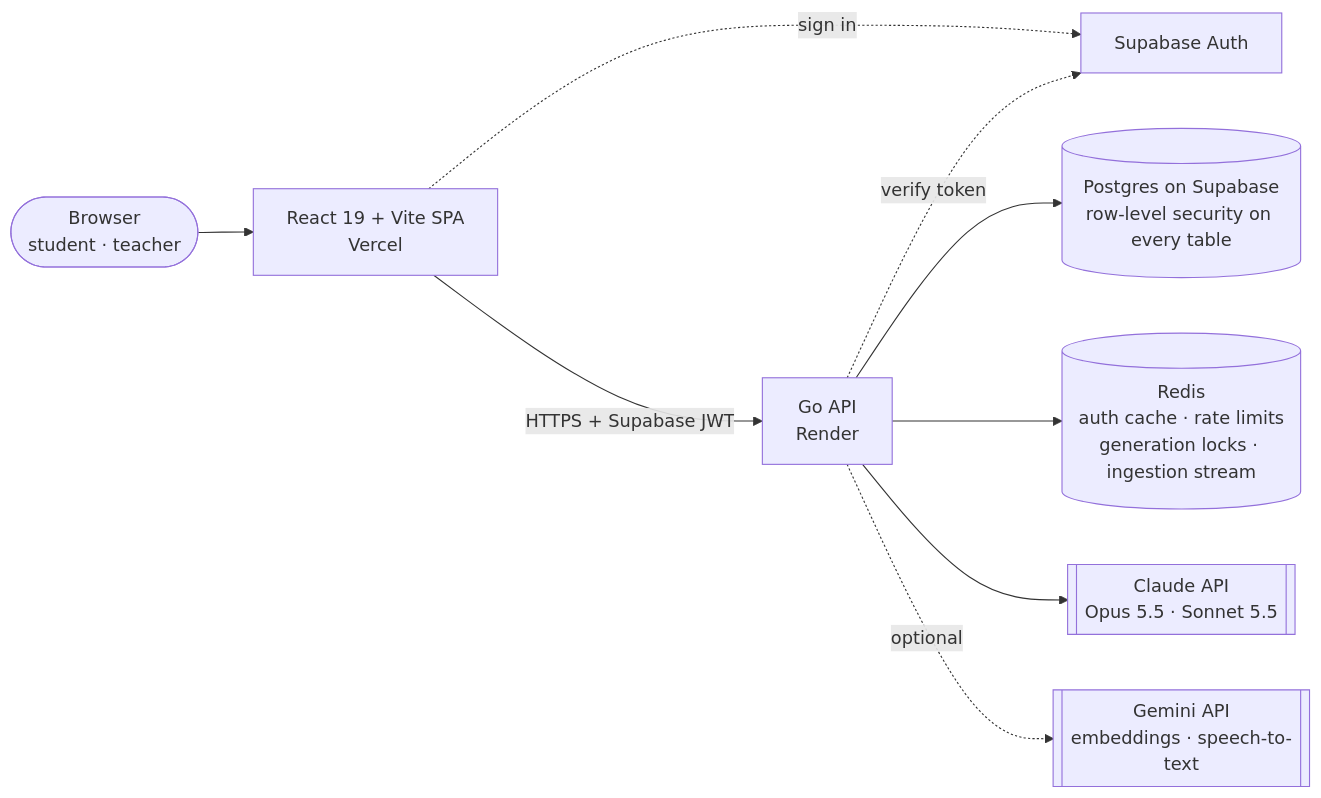
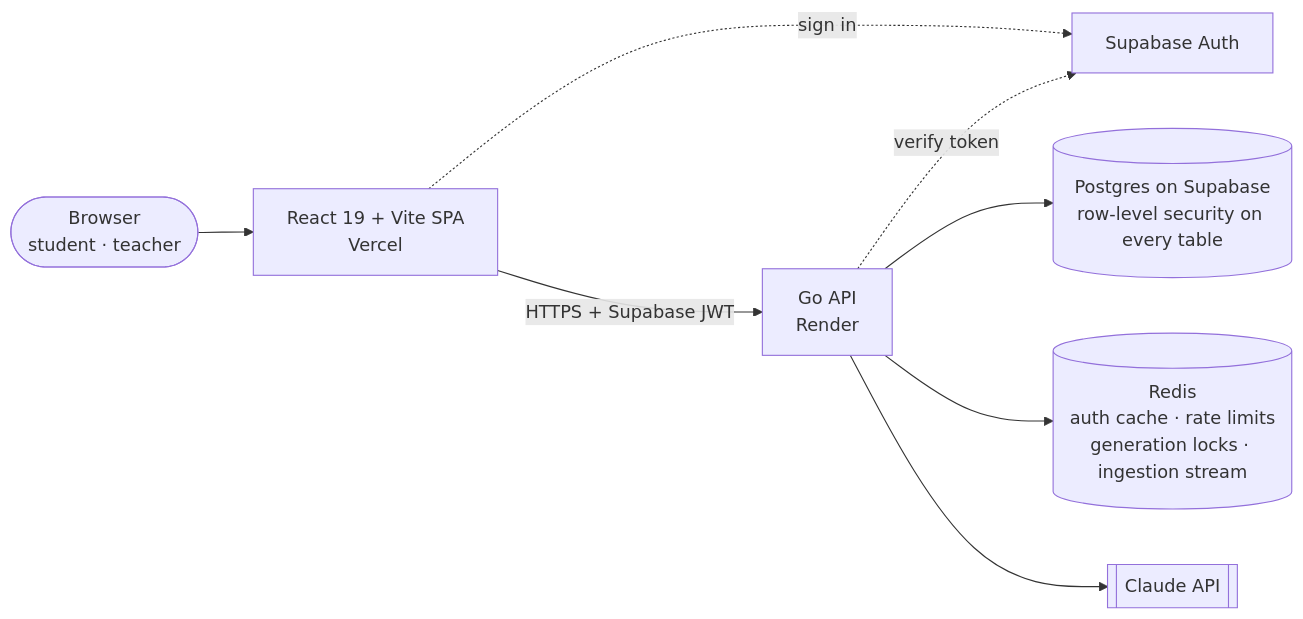
The diagram in README.md (shaunmortal/AI-Agent-Adigam-AI), drawn with Mermaid before and after one commit. The commit also changed other lines of this file, not shown here.

Commit message:
docs: name the hackathon and describe the AI simply as Claude

````diff
--- a/README.md
+++ b/README.md
@@ -123,11 +118,10 @@
 ```mermaid
 flowchart LR
     U([Browser<br/>student · teacher]) --> FE[React 19 + Vite SPA<br/>Vercel]
     FE -- "HTTPS + Supabase JWT" --> API[Go API<br/>Render]
     FE -. sign in .-> AU[Supabase Auth]
     API -. verify token .-> AU
     API --> PG[(Postgres on Supabase<br/>row-level security on every table)]
     API --> R[(Redis<br/>auth cache · rate limits<br/>generation locks · ingestion stream)]
-    API --> C[[Claude API<br/>Opus 5.5 · Sonnet 5.5]]
-    API -. optional .-> G[[Gemini API<br/>embeddings · speech-to-text]]
+    API --> C[[Claude API]]
 ```
````
